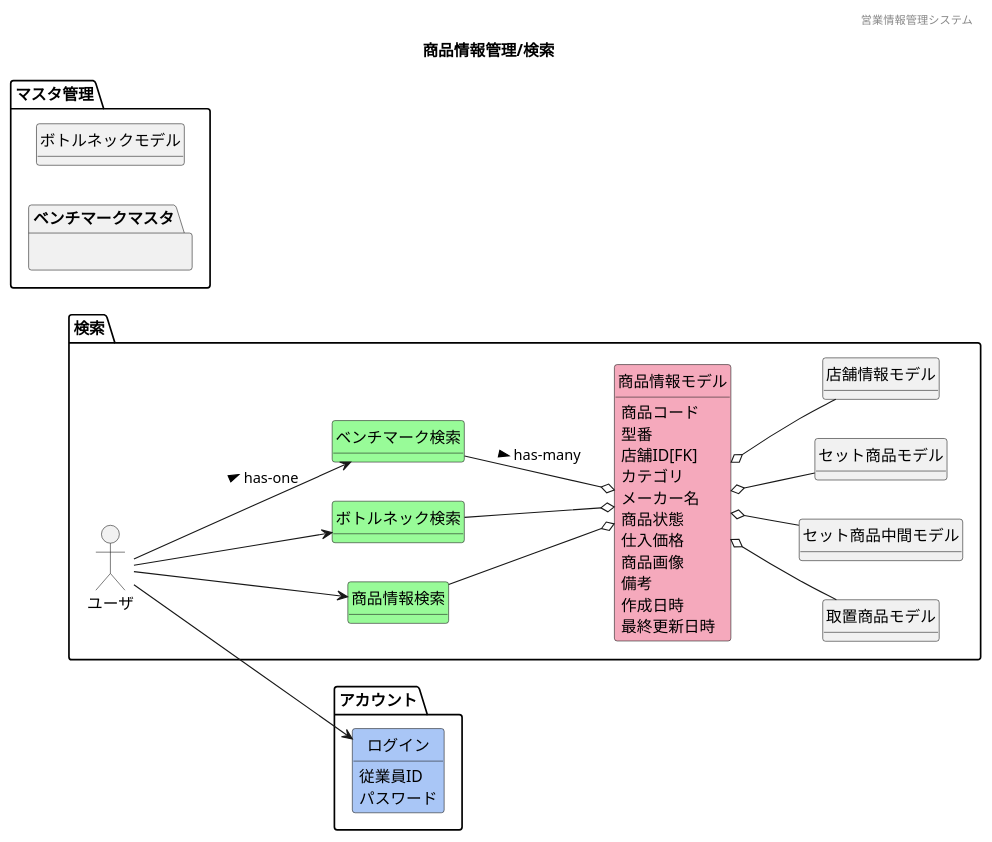
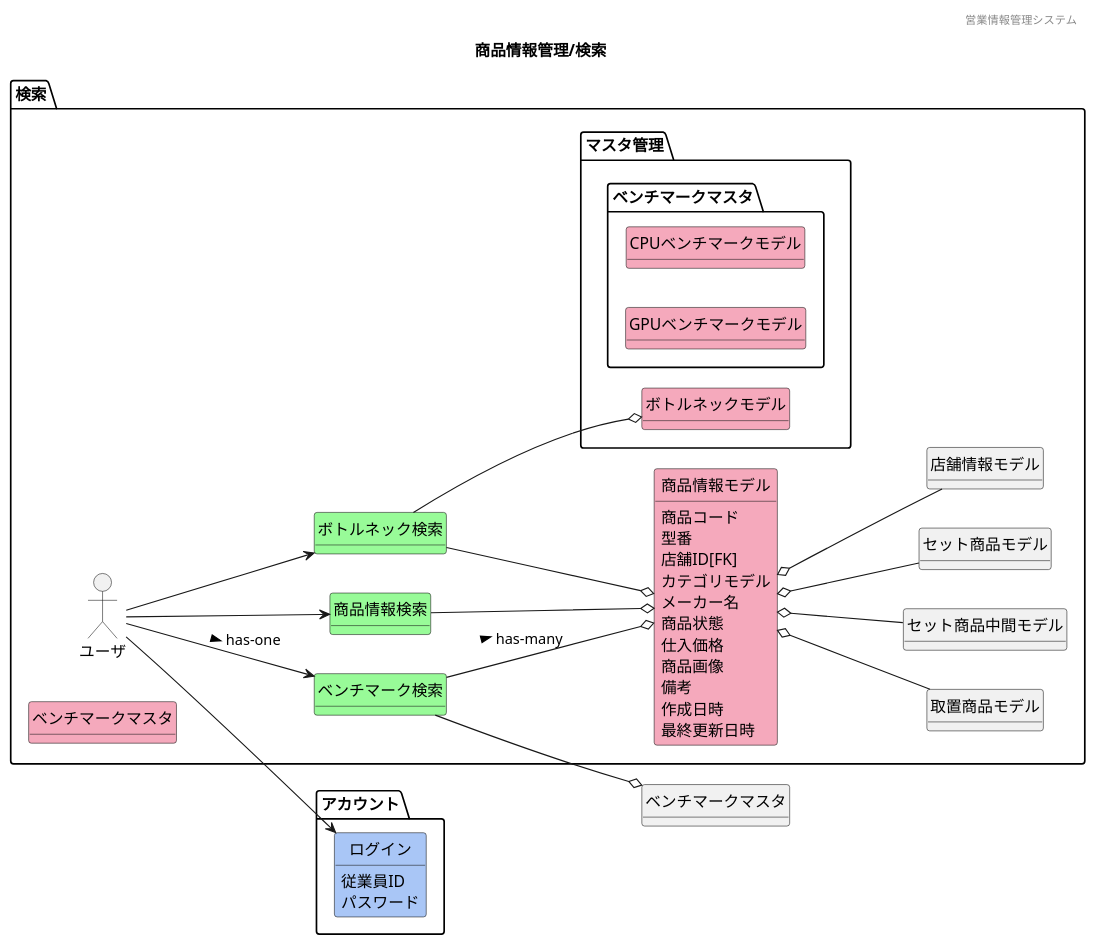
One commit to HaruShim/Sotuken changed the diagram in 各種設計書/1ドメインモデル図/商品情報管理/F08検索.plantuml. Above: the diagram before and after it, drawn with PlantUML.

```diff
--- a/各種設計書/1ドメインモデル図/商品情報管理/F08検索.plantuml
+++ b/各種設計書/1ドメインモデル図/商品情報管理/F08検索.plantuml
@@ -1,75 +1,71 @@
 @startuml ../images/商品情報管理/検索
 ' ヘッダー
 header 営業情報管理システム
 ' タイトル
 title 商品情報管理/検索
 ' 
 hide circle
 ' 
 hide method
 left to right direction
 
 package "アカウント"{
     class "ログイン" #A9C6F6
 
 }
 package "検索"{
 'ユーザや外部システム
     mix_actor "ユーザ"
     class "商品情報検索" #98fb98
     class "ボトルネック検索" #98fb98
     class "ベンチマーク検索" #98fb98
     class "商品情報モデル" #F5A9BC
+    class "ベンチマークマスタ" #F5A9BC
+    class "商品情報モデル" #F5A9BC
     class "取置商品モデル"
     class "セット商品中間モデル"
     class "セット商品モデル"
     class "店舗情報モデル"
+    package "マスタ管理"{
+        package ベンチマークマスタ{
+            class "CPUベンチマークモデル" #F5A9BC
+            class "GPUベンチマークモデル" #F5A9BC
+        }
+        class "ボトルネックモデル" #F5A9BC
+    }
     
 }
-    package "マスタ管理"{
-        package ベンチマークマスタ{
-            ' class "CPUベンチマークモデル"
-            ' class "GPUベンチマークモデル"
-        } 
-        class "ボトルネックモデル" {}
-    }
     ' class "" #F5A9BC
     ' class "" #ffd700
 
     'モデル同士の関係
     ユーザ --> 商品情報検索
     ユーザ --> ボトルネック検索
     ユーザ --> ベンチマーク検索 : > has-one
     ユーザ --> ログイン
     商品情報検索 --o 商品情報モデル
     ボトルネック検索 --o 商品情報モデル
+    ボトルネック検索 --o ボトルネックモデル
     ベンチマーク検索 --o 商品情報モデル: > has-many
+    ベンチマーク検索 --o ベンチマークマスタ
     商品情報モデル o-- 取置商品モデル
     商品情報モデル o-- セット商品モデル
     商品情報モデル o-- セット商品中間モデル
     商品情報モデル o-- 店舗情報モデル
     ' 商品情報モデル o-- マスタ管理
 
     'ドメインクラスの属性
     商品情報モデル : 商品コード
     商品情報モデル : 型番
     商品情報モデル : 店舗ID[FK]
-    商品情報モデル : カテゴリ
+    商品情報モデル : カテゴリモデル
     商品情報モデル : メーカー名
     商品情報モデル : 商品状態
     商品情報モデル : 仕入価格
     商品情報モデル : 商品画像
     商品情報モデル : 備考
     商品情報モデル : 作成日時
     商品情報モデル : 最終更新日時
-
-    ' 商品情報モデル : 商品コード
-    ' 商品情報モデル : 型番
-    ' 商品情報モデル : JANコード
-    ' 商品情報モデル : 商品画像
-    ' 商品情報モデル : 在庫場所
-    ' 商品情報モデル : カテゴリ
-    ' 商品情報モデル : 仕入価格
     ログイン : 従業員ID
     ログイン : パスワード
 @enduml
```
